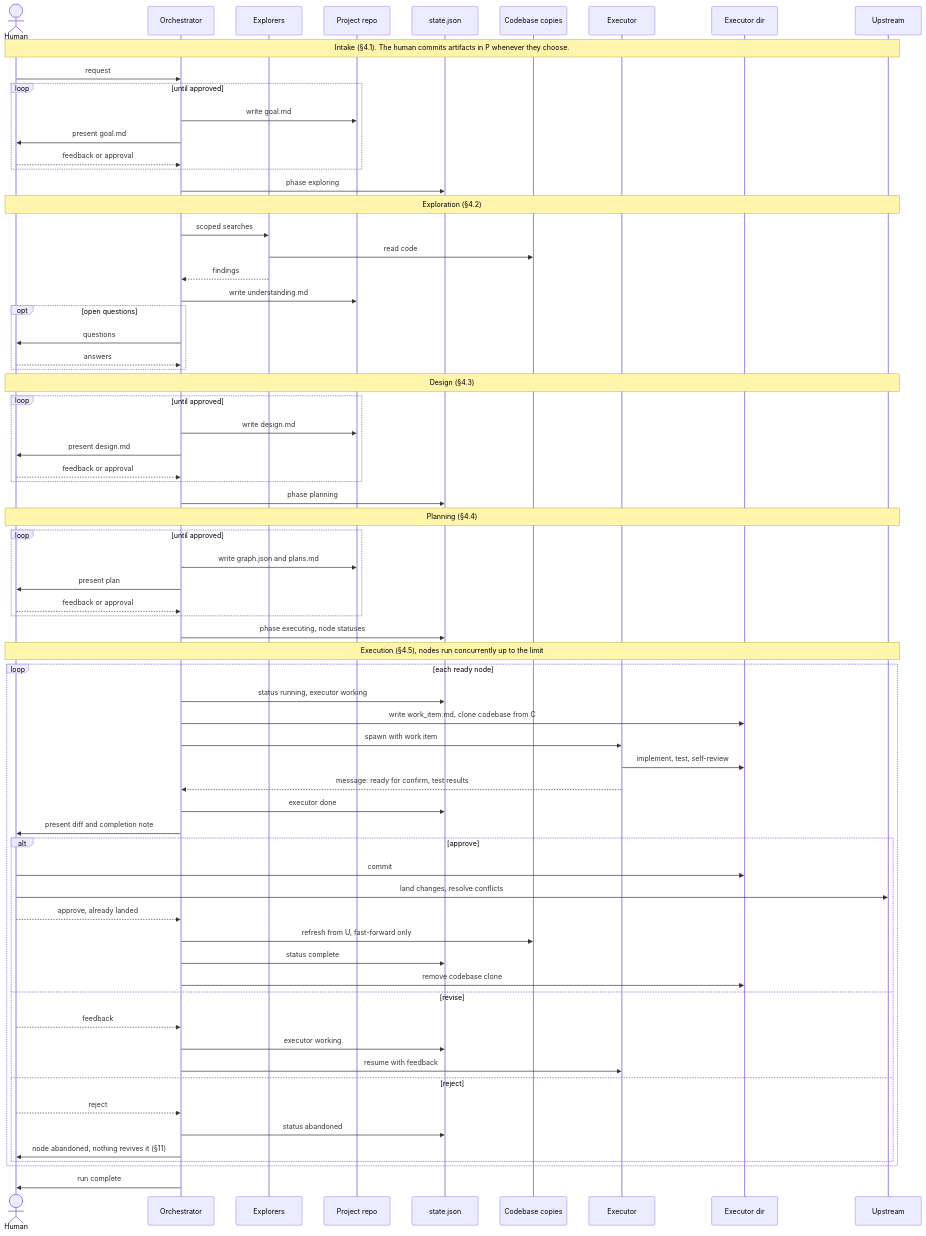
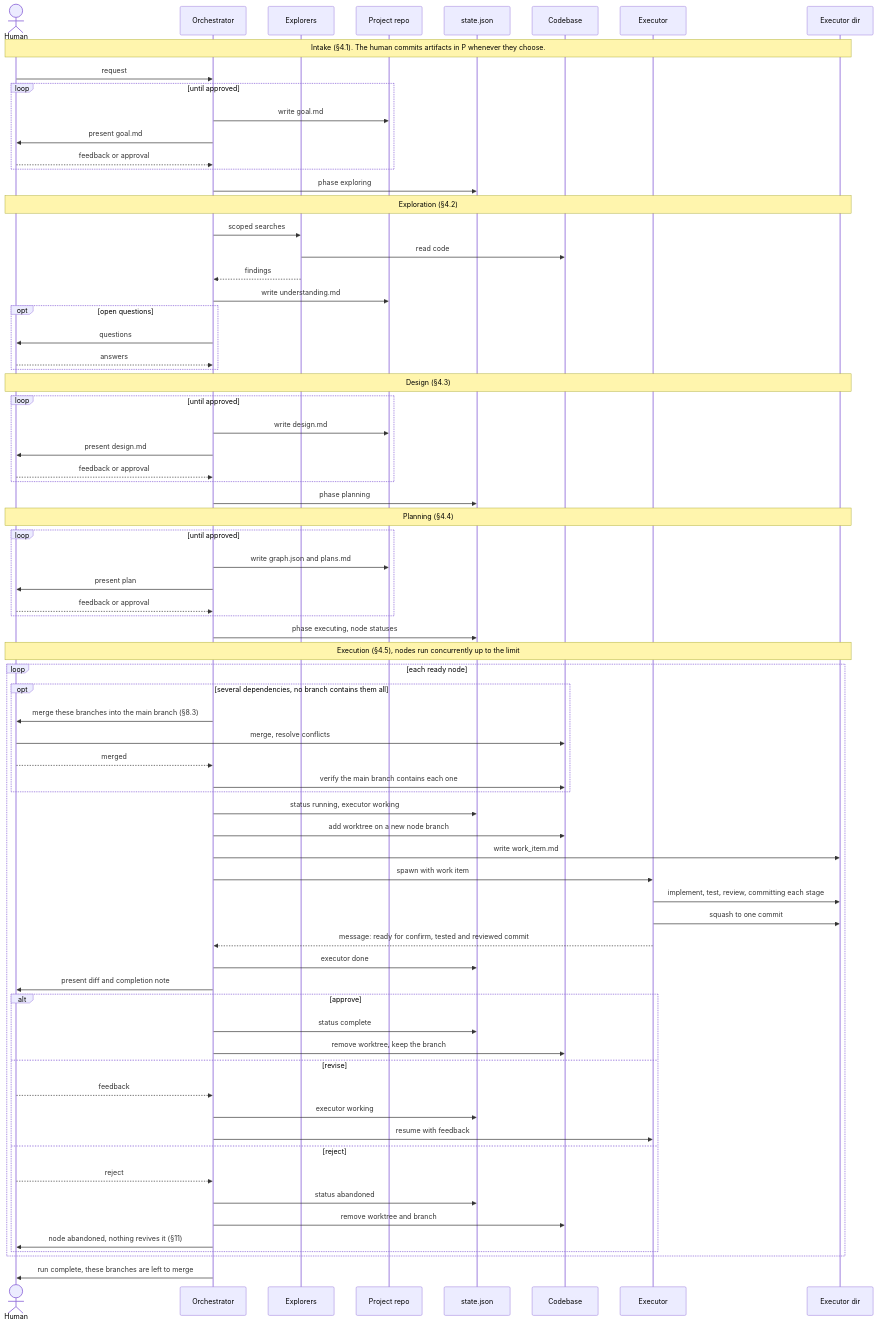
Before and after one commit to hyunbumy/devflow: the second of 4 diagrams in docs/design.md, drawn with Mermaid. The commit also changed other lines of this file and 1 other file, not shown here.

Commit message:
update docs for worktree

````diff
--- a/docs/design.md
+++ b/docs/design.md
@@ -216,75 +228,79 @@
 ```mermaid
 sequenceDiagram
     actor H as Human
     participant O as Orchestrator
     participant X as Explorers
     participant P as Project repo
     participant S as state.json
-    participant C as Codebase copies
+    participant C as Codebase
     participant E as Executor
     participant W as Executor dir
-    participant U as Upstream
 
-    Note over H,U: Intake (§4.1). The human commits artifacts in P whenever they choose.
+    Note over H,W: Intake (§4.1). The human commits artifacts in P whenever they choose.
     H->>O: request
     loop until approved
         O->>P: write goal.md
         O->>H: present goal.md
         H-->>O: feedback or approval
     end
     O->>S: phase exploring
 
-    Note over H,U: Exploration (§4.2)
+    Note over H,W: Exploration (§4.2)
     O->>X: scoped searches
     X->>C: read code
     X-->>O: findings
     O->>P: write understanding.md
     opt open questions
         O->>H: questions
         H-->>O: answers
     end
 
-    Note over H,U: Design (§4.3)
+    Note over H,W: Design (§4.3)
     loop until approved
         O->>P: write design.md
         O->>H: present design.md
         H-->>O: feedback or approval
     end
     O->>S: phase planning
 
-    Note over H,U: Planning (§4.4)
+    Note over H,W: Planning (§4.4)
     loop until approved
         O->>P: write graph.json and plans.md
         O->>H: present plan
         H-->>O: feedback or approval
     end
     O->>S: phase executing, node statuses
 
-    Note over H,U: Execution (§4.5), nodes run concurrently up to the limit
+    Note over H,W: Execution (§4.5), nodes run concurrently up to the limit
     loop each ready node
+        opt several dependencies, no branch contains them all
+            O->>H: merge these branches into the main branch (§8.3)
+            H->>C: merge, resolve conflicts
+            H-->>O: merged
+            O->>C: verify the main branch contains each one
+        end
         O->>S: status running, executor working
-        O->>W: write work_item.md, clone codebase from C
+        O->>C: add worktree on a new node branch
+        O->>W: write work_item.md
         O->>E: spawn with work item
-        E->>W: implement, test, self-review
-        E-->>O: message: ready for confirm, test results
+        E->>W: implement, test, review, committing each stage
+        E->>W: squash to one commit
+        E-->>O: message: ready for confirm, tested and reviewed commit
         O->>S: executor done
         O->>H: present diff and completion note
         alt approve
-            H->>W: commit
-            H->>U: land changes, resolve conflicts
-            H-->>O: approve, already landed
-            O->>C: refresh from U, fast-forward only
             O->>S: status complete
-            O->>W: remove codebase clone
+            O->>C: remove worktree, keep the branch
         else revise
             H-->>O: feedback
             O->>S: executor working
             O->>E: resume with feedback
         else reject
             H-->>O: reject
             O->>S: status abandoned
+            O->>C: remove worktree and branch
             O->>H: node abandoned, nothing revives it (§11)
         end
     end
-    O->>H: run complete
+    O->>H: run complete, these branches are left to merge
 ```
````
